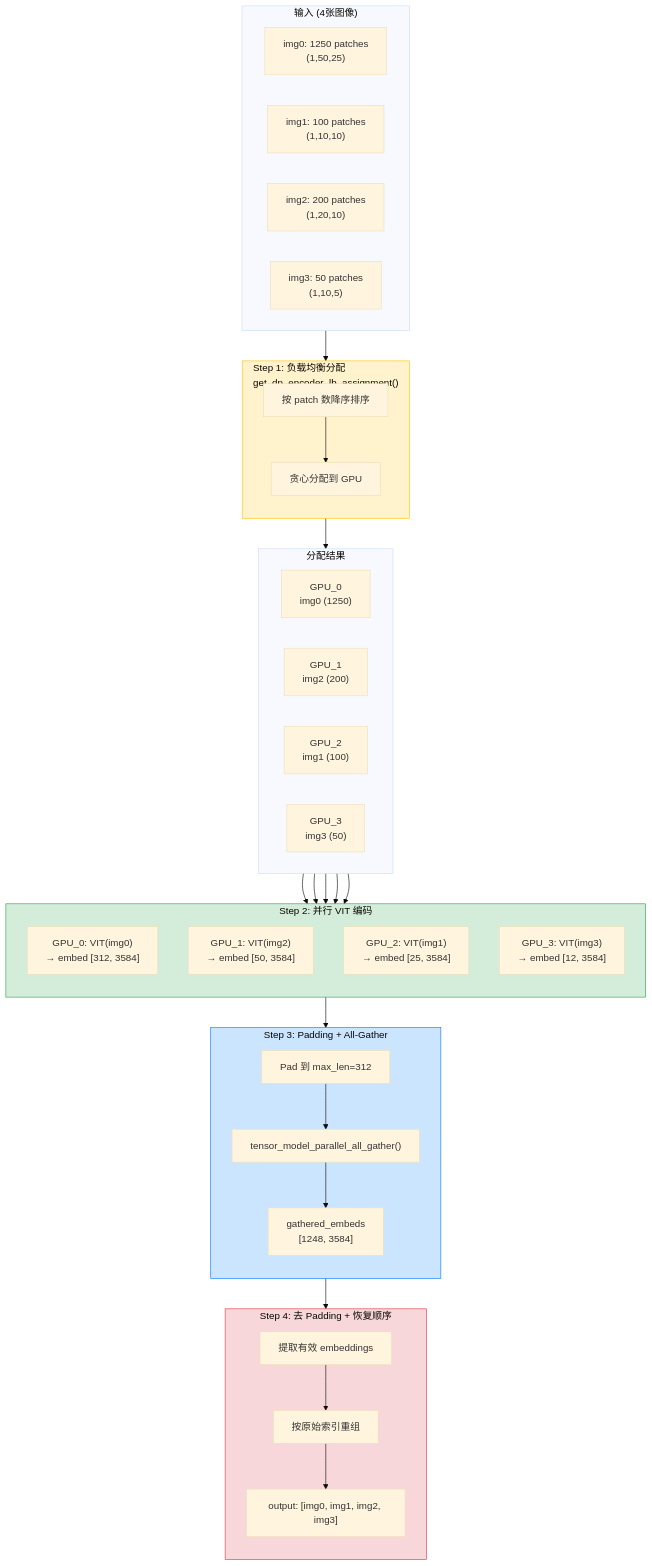
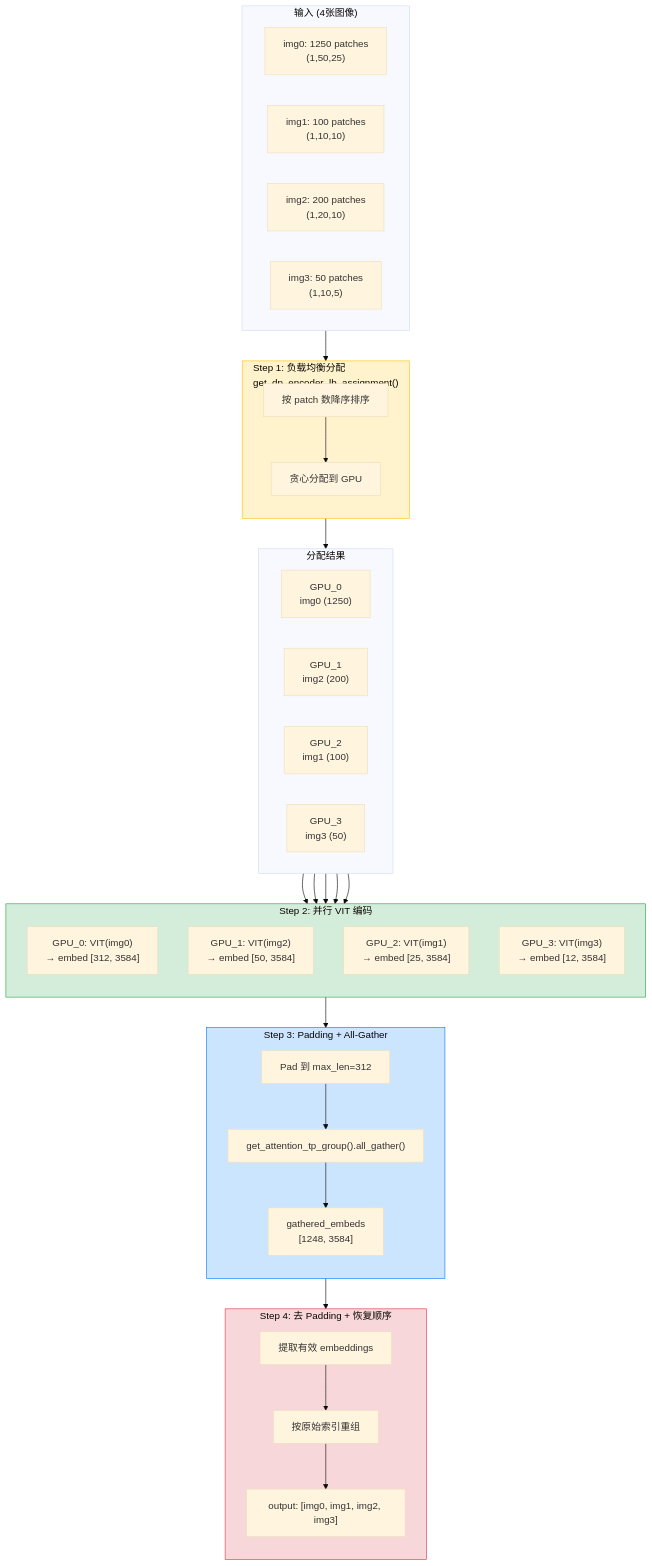
Before and after one commit to wesleyck/AIInfraNotes: diagram 11 of 13 in SGLang/11-multimodal.md, drawn with Mermaid (base theme). The commit also changed other lines of this file and 26 other files, not shown here.

````diff
--- a/SGLang/11-multimodal.md
+++ b/SGLang/11-multimodal.md
@@ -1424,63 +1698,63 @@
 ```mermaid
 flowchart TB
     subgraph Input["输入 (4张图像)"]
         I1["img0: 1250 patches<br/>(1,50,25)"]
         I2["img1: 100 patches<br/>(1,10,10)"]
         I3["img2: 200 patches<br/>(1,20,10)"]
         I4["img3: 50 patches<br/>(1,10,5)"]
     end
 
     subgraph LB["Step 1: 负载均衡分配<br/>get_dp_encoder_lb_assignment()"]
         direction TB
         LB1["按 patch 数降序排序"]
         LB2["贪心分配到 GPU"]
         LB1 --> LB2
     end
 
     subgraph Assignment["分配结果"]
         direction LR
         GPU0["GPU_0<br/>img0 (1250)"]
         GPU1["GPU_1<br/>img2 (200)"]
         GPU2["GPU_2<br/>img1 (100)"]
         GPU3["GPU_3<br/>img3 (50)"]
     end
 
     subgraph VIT["Step 2: 并行 VIT 编码"]
         direction TB
         V0["GPU_0: VIT(img0)<br/>→ embed [312, 3584]"]
         V1["GPU_1: VIT(img2)<br/>→ embed [50, 3584]"]
         V2["GPU_2: VIT(img1)<br/>→ embed [25, 3584]"]
         V3["GPU_3: VIT(img3)<br/>→ embed [12, 3584]"]
     end
 
     subgraph AllGather["Step 3: Padding + All-Gather"]
         direction TB
         AG1["Pad 到 max_len=312"]
-        AG2["tensor_model_parallel_all_gather()"]
+        AG2["get_attention_tp_group().all_gather()"]
         AG3["gathered_embeds<br/>[1248, 3584]"]
         AG1 --> AG2 --> AG3
     end
 
     subgraph Reorder["Step 4: 去 Padding + 恢复顺序"]
         direction TB
         R1["提取有效 embeddings"]
         R2["按原始索引重组"]
         R3["output: [img0, img1, img2, img3]"]
         R1 --> R2 --> R3
     end
 
     Input --> LB
     LB --> Assignment
     Assignment --> VIT
     GPU0 --> V0
     GPU1 --> V1
     GPU2 --> V2
     GPU3 --> V3
     VIT --> AllGather
     AllGather --> Reorder
 
     style LB fill:#fff3cd,stroke:#ffc107
     style VIT fill:#d4edda,stroke:#28a745
     style AllGather fill:#cce5ff,stroke:#007bff
     style Reorder fill:#f8d7da,stroke:#dc3545
 ```
````
